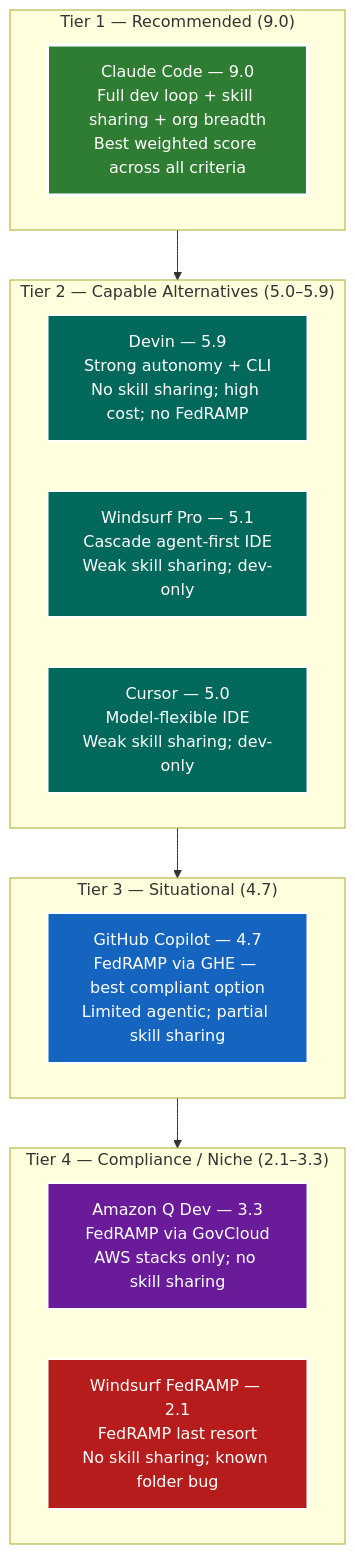
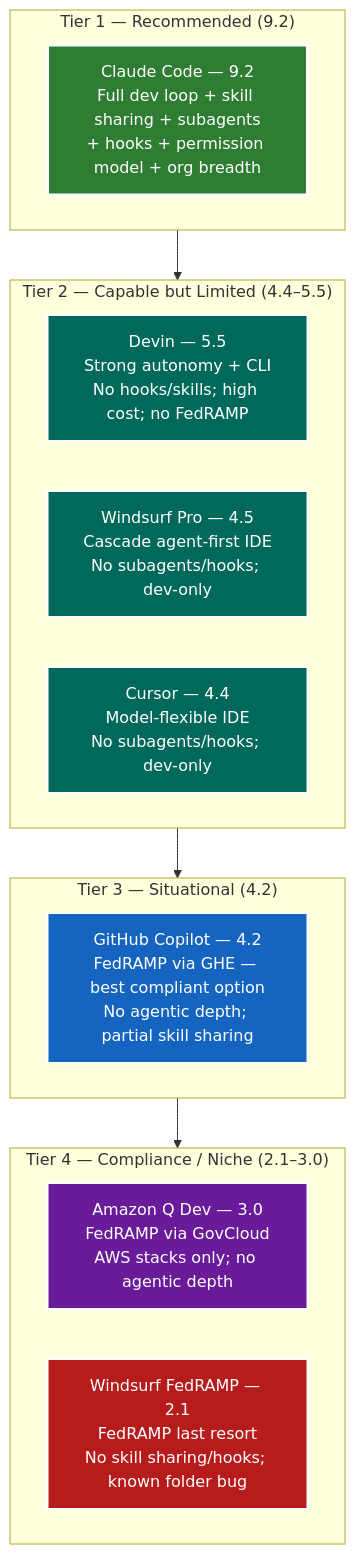
The ninth of 10 diagrams in 01_Projects/TEG-AoA-AI-Coding-Tools-v1.0.md (adourish/whitepapers), drawn with Mermaid before and after one commit. The commit also changed other lines of this file, not shown here.

First line of the commit message:
Add Subagents, Hooks, and Permission Model as primary evaluation criteria

````diff
--- a/01_Projects/TEG-AoA-AI-Coding-Tools-v1.0.md
+++ b/01_Projects/TEG-AoA-AI-Coding-Tools-v1.0.md
@@ -618,33 +628,33 @@
 ```mermaid
 graph TD
-    subgraph T1["Tier 1 — Recommended (9.0)"]
-        CC["Claude Code — 9.0\nFull dev loop + skill sharing + org breadth\nBest weighted score across all criteria"]
+    subgraph T1["Tier 1 — Recommended (9.2)"]
+        CC["Claude Code — 9.2\nFull dev loop + skill sharing + subagents\n+ hooks + permission model + org breadth"]
     end
 
-    subgraph T2["Tier 2 — Capable Alternatives (5.0–5.9)"]
-        DV["Devin — 5.9\nStrong autonomy + CLI\nNo skill sharing; high cost; no FedRAMP"]
-        WP["Windsurf Pro — 5.1\nCascade agent-first IDE\nWeak skill sharing; dev-only"]
-        CU["Cursor — 5.0\nModel-flexible IDE\nWeak skill sharing; dev-only"]
+    subgraph T2["Tier 2 — Capable but Limited (4.4–5.5)"]
+        DV["Devin — 5.5\nStrong autonomy + CLI\nNo hooks/skills; high cost; no FedRAMP"]
+        WP["Windsurf Pro — 4.5\nCascade agent-first IDE\nNo subagents/hooks; dev-only"]
+        CU["Cursor — 4.4\nModel-flexible IDE\nNo subagents/hooks; dev-only"]
     end
 
-    subgraph T3["Tier 3 — Situational (4.7)"]
-        GC["GitHub Copilot — 4.7\nFedRAMP via GHE — best compliant option\nLimited agentic; partial skill sharing"]
+    subgraph T3["Tier 3 — Situational (4.2)"]
+        GC["GitHub Copilot — 4.2\nFedRAMP via GHE — best compliant option\nNo agentic depth; partial skill sharing"]
     end
 
-    subgraph T4["Tier 4 — Compliance / Niche (2.1–3.3)"]
-        AQ["Amazon Q Dev — 3.3\nFedRAMP via GovCloud\nAWS stacks only; no skill sharing"]
-        WF["Windsurf FedRAMP — 2.1\nFedRAMP last resort\nNo skill sharing; known folder bug"]
+    subgraph T4["Tier 4 — Compliance / Niche (2.1–3.0)"]
+        AQ["Amazon Q Dev — 3.0\nFedRAMP via GovCloud\nAWS stacks only; no agentic depth"]
+        WF["Windsurf FedRAMP — 2.1\nFedRAMP last resort\nNo skill sharing/hooks; known folder bug"]
     end
 
     T1 --> T2
     T2 --> T3
     T3 --> T4
 
     style CC fill:#2e7d32,stroke:#ffffff,stroke-width:3px,color:#ffffff
     style DV fill:#00695c,stroke:#ffffff,stroke-width:2px,color:#ffffff
     style WP fill:#00695c,stroke:#ffffff,stroke-width:2px,color:#ffffff
     style CU fill:#00695c,stroke:#ffffff,stroke-width:2px,color:#ffffff
     style GC fill:#1565c0,stroke:#ffffff,stroke-width:2px,color:#ffffff
     style AQ fill:#6a1b9a,stroke:#ffffff,stroke-width:2px,color:#ffffff
     style WF fill:#b71c1c,stroke:#ffffff,stroke-width:2px,color:#ffffff
 ```
````
